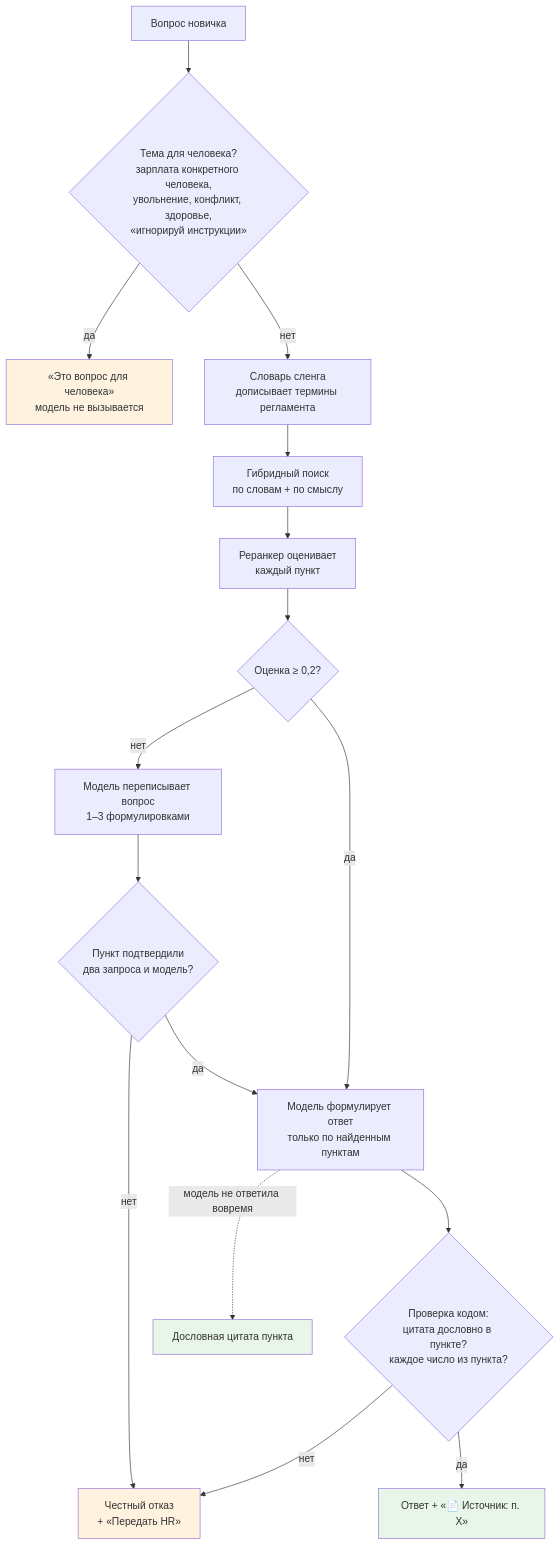
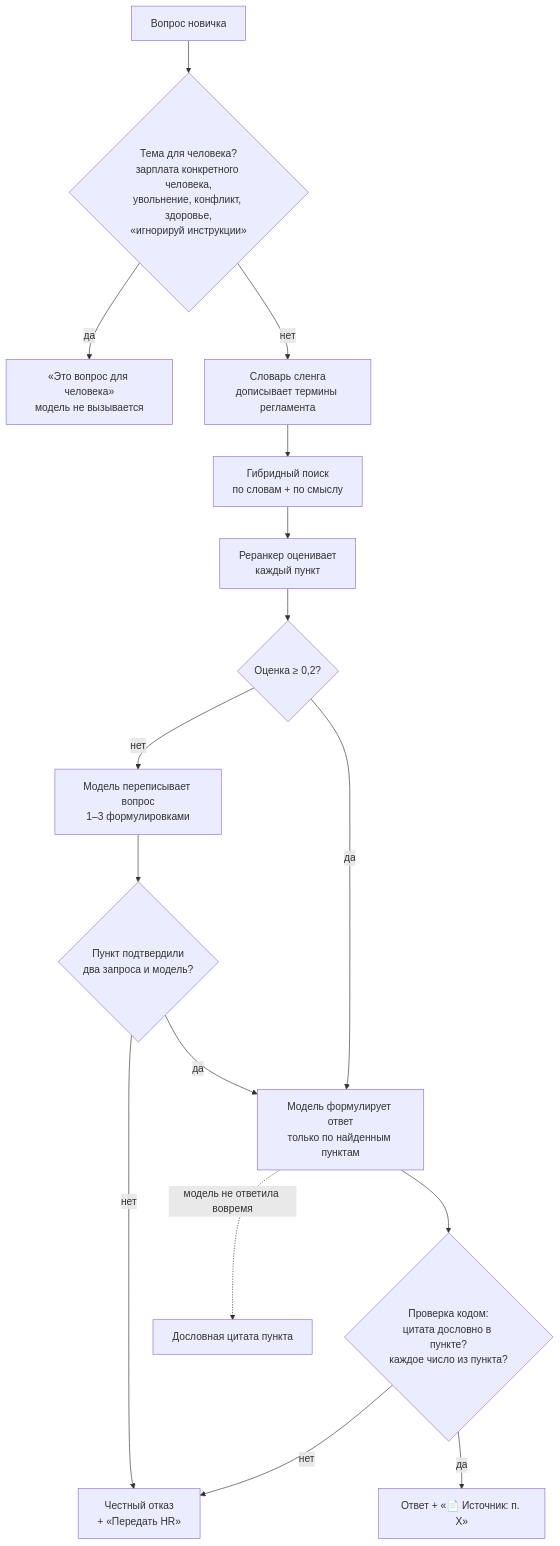
Before and after one commit to kunak-agency/polyplastic-bot: the diagram in agency/system/Human/05-knowledge-base-rag.md, drawn with Mermaid. The commit also changed 6 other files, not shown here.

Commit message:
Документы для человека: схема «Из чего состоит система» без двусторонних стрелок и раскраски — рендерится в старых просмотрщиках Mermaid

````diff
--- a/agency/system/Human/05-knowledge-base-rag.md
+++ b/agency/system/Human/05-knowledge-base-rag.md
@@ -50,22 +50,18 @@
 ```mermaid
 flowchart TD
     Q["Вопрос новичка"] --> R{"Тема для человека?<br/>зарплата конкретного человека,<br/>увольнение, конфликт, здоровье,<br/>«игнорируй инструкции»"}
     R -->|да| HUMAN["«Это вопрос для человека»<br/>модель не вызывается"]
     R -->|нет| X["Словарь сленга<br/>дописывает термины регламента"]
     X --> S["Гибридный поиск<br/>по словам + по смыслу"]
     S --> RR["Реранкер оценивает<br/>каждый пункт"]
     RR --> G{"Оценка ≥ 0,2?"}
     G -->|нет| RW["Модель переписывает вопрос<br/>1–3 формулировками"]
     RW --> AG{"Пункт подтвердили<br/>два запроса и модель?"}
     AG -->|нет| NO["Честный отказ<br/>+ «Передать HR»"]
     AG -->|да| GEN
     G -->|да| GEN["Модель формулирует ответ<br/>только по найденным пунктам"]
     GEN --> V{"Проверка кодом:<br/>цитата дословно в пункте?<br/>каждое число из пункта?"}
     V -->|да| OK["Ответ + «📄 Источник: п. X»"]
     V -->|нет| NO
     GEN -.->|"модель не ответила вовремя"| QUOTE["Дословная цитата пункта"]
-    style OK fill:#e8f5e9
-    style QUOTE fill:#e8f5e9
-    style NO fill:#fff3e0
-    style HUMAN fill:#fff3e0
 ```
````
